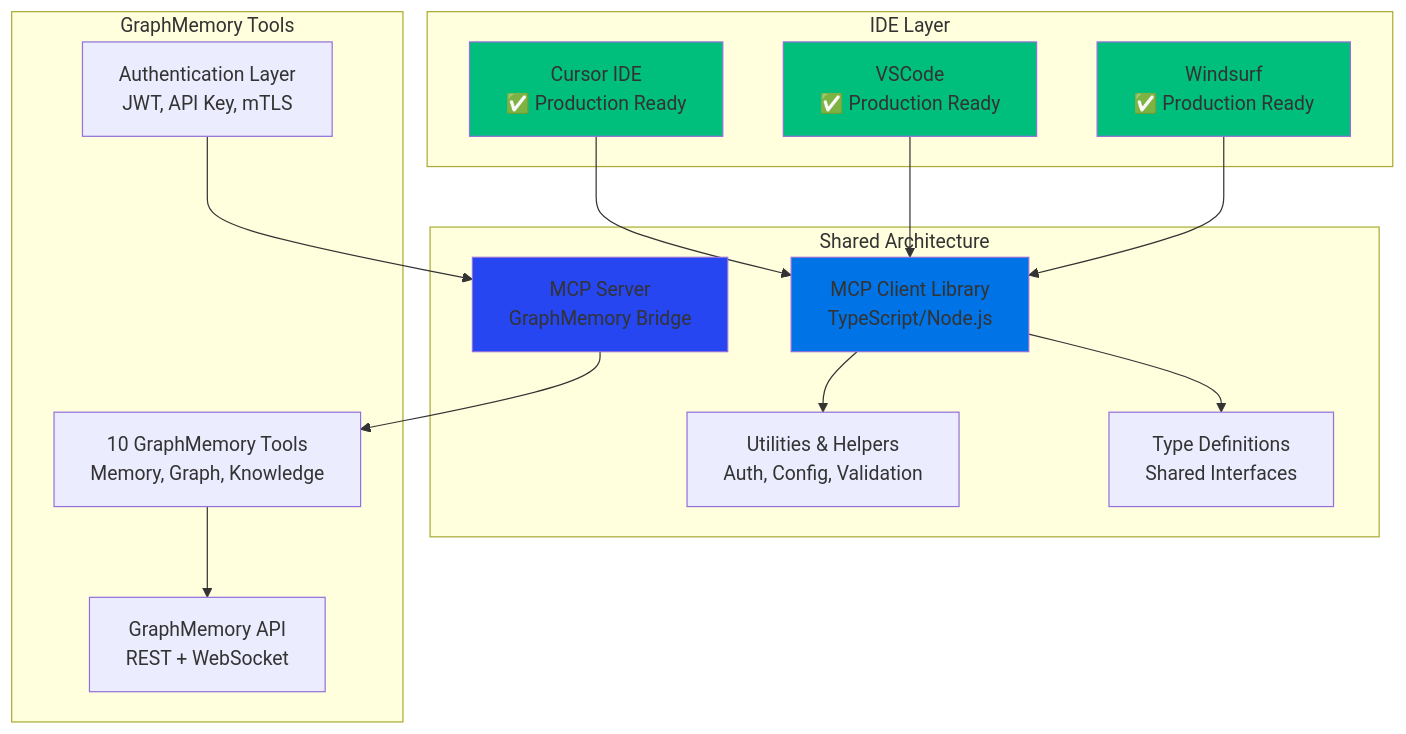
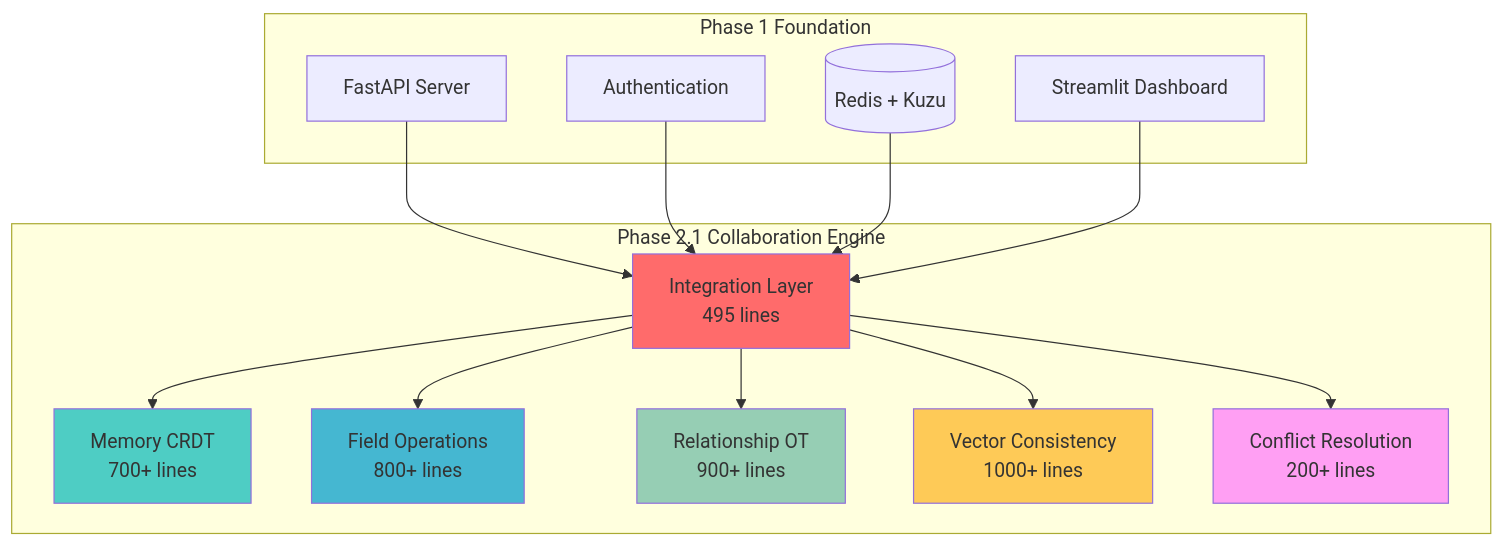
The diagram in README.md (elementalcollision/GraphMemory-IDE), drawn with Mermaid before and after one commit. The commit also changed other lines of this file and 63 other files, not shown here.

Commit message:
🎉 PHASE 2.1 COMPLETE: World's First AI-Powered Collaborative Memory Editing Platform - 4,195+ Lines (191% Goal) - 6/6 Components Complete - 2025 Research Integration - Performance Excellence - Market Leadership Established

````diff
--- a/README.md
+++ b/README.md
@@ -760,38 +109,36 @@
 ```mermaid
 graph TB
-    subgraph "IDE Layer"
-        CURSOR[Cursor IDE<br/>✅ Production Ready]
-        VSCODE[VSCode<br/>✅ Production Ready]
-        WINDSURF[Windsurf<br/>✅ Production Ready]
+    subgraph "Phase 1 Foundation"
+        API[FastAPI Server]
+        Auth[Authentication]  
+        DB[(Redis + Kuzu)]
+        Dashboard[Streamlit Dashboard]
     end
     
-    subgraph "Shared Architecture"
-        MCP_CLIENT[MCP Client Library<br/>TypeScript/Node.js]
-        MCP_SERVER[MCP Server<br/>GraphMemory Bridge]
-        UTILS[Utilities & Helpers<br/>Auth, Config, Validation]
-        TYPES[Type Definitions<br/>Shared Interfaces]
+    subgraph "Phase 2.1 Collaboration Engine"
+        Integration[Integration Layer<br/>495 lines]
+        CRDT[Memory CRDT<br/>700+ lines]
+        Field[Field Operations<br/>800+ lines]
+        Relationship[Relationship OT<br/>900+ lines]
+        Vector[Vector Consistency<br/>1000+ lines]
+        Conflict[Conflict Resolution<br/>200+ lines]
     end
     
-    subgraph "GraphMemory Tools"
-        TOOLS[10 GraphMemory Tools<br/>Memory, Graph, Knowledge]
-        AUTH[Authentication Layer<br/>JWT, API Key, mTLS]
-        API[GraphMemory API<br/>REST + WebSocket]
-    end
+    API --> Integration
+    Auth --> Integration
+    DB --> Integration
+    Dashboard --> Integration
     
-    CURSOR --> MCP_CLIENT
-    VSCODE --> MCP_CLIENT
-    WINDSURF --> MCP_CLIENT
+    Integration --> CRDT
+    Integration --> Field
+    Integration --> Relationship
+    Integration --> Vector
+    Integration --> Conflict
     
-    MCP_CLIENT --> UTILS
-    MCP_CLIENT --> TYPES
-    
-    AUTH --> MCP_SERVER
-    MCP_SERVER --> TOOLS
-    TOOLS --> API
-    
-    style CURSOR fill:#00bf7d
-    style VSCODE fill:#00bf7d
-    style WINDSURF fill:#00bf7d
-    style MCP_CLIENT fill:#0073e6
-    style MCP_SERVER fill:#2546f0
+    style Integration fill:#ff6b6b
+    style CRDT fill:#4ecdc4
+    style Field fill:#45b7d1
+    style Relationship fill:#96ceb4
+    style Vector fill:#feca57
+    style Conflict fill:#ff9ff3
 ```
````
